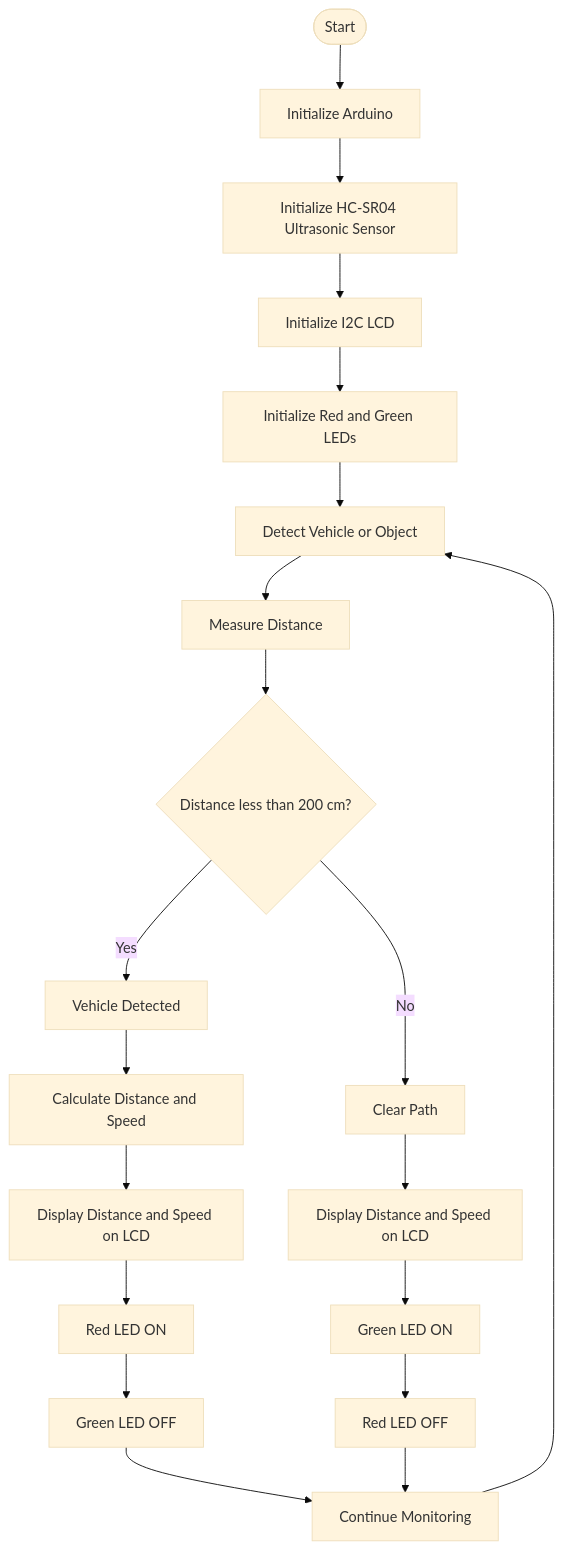
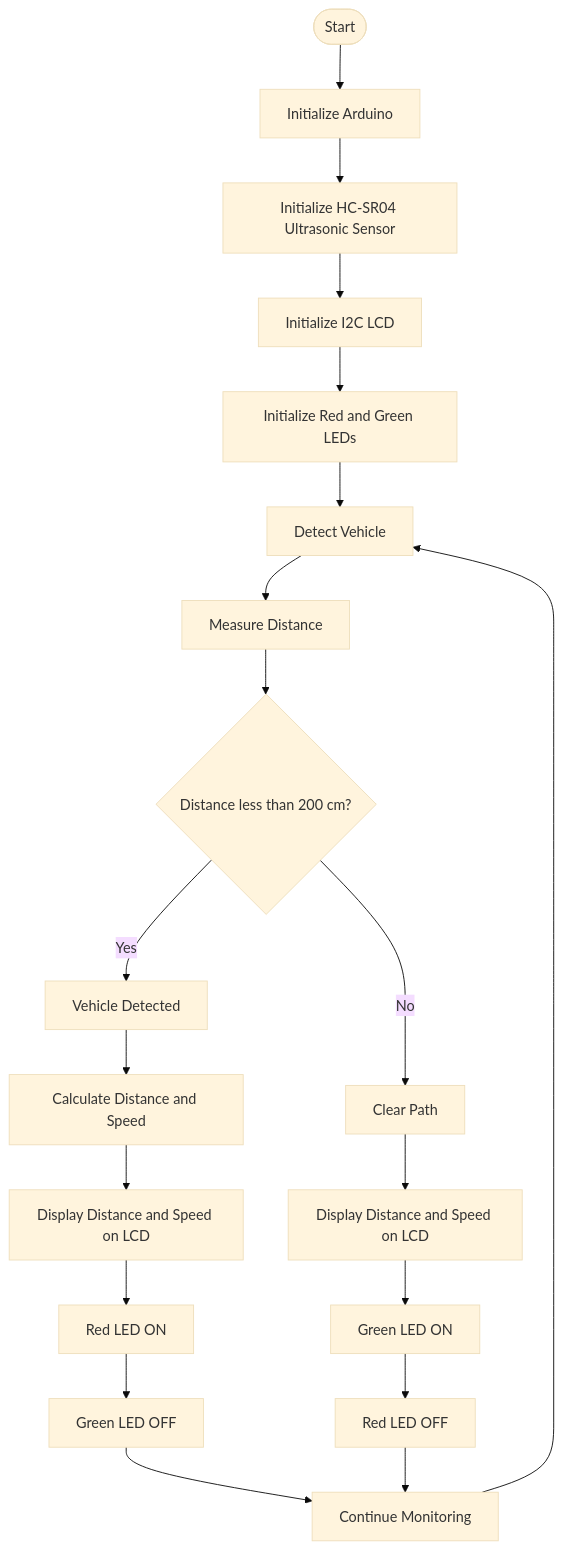
One commit to Vignesh-Manchana/Prevention-of-Accidents-Due-to-Blind-Spots changed the diagram in README.md. Above: the diagram before and after it, drawn with Mermaid (base theme).

Commit message:
Project Details

````diff
--- a/README.md
+++ b/README.md
@@ -129,27 +129,27 @@
 ```mermaid
 flowchart TD
     A([Start]) --> B[Initialize Arduino]
     B --> C[Initialize HC-SR04 Ultrasonic Sensor]
     C --> D[Initialize I2C LCD]
     D --> E[Initialize Red and Green LEDs]
-    E --> F[Detect Vehicle or Object]
+    E --> F[Detect Vehicle ]
 
     F --> G[Measure Distance]
     G --> H{Distance less than 200 cm?}
 
     H -->|Yes| I[Vehicle Detected]
     I --> J[Calculate Distance and Speed]
     J --> K[Display Distance and Speed on LCD]
     K --> L[Red LED ON]
     L --> M[Green LED OFF]
 
     H -->|No| N[Clear Path]
     N --> O[Display Distance and Speed on LCD]
     O --> P[Green LED ON]
     P --> Q[Red LED OFF]
 
     M --> R[Continue Monitoring]
     Q --> R
 
     R --> F
 ```
````
